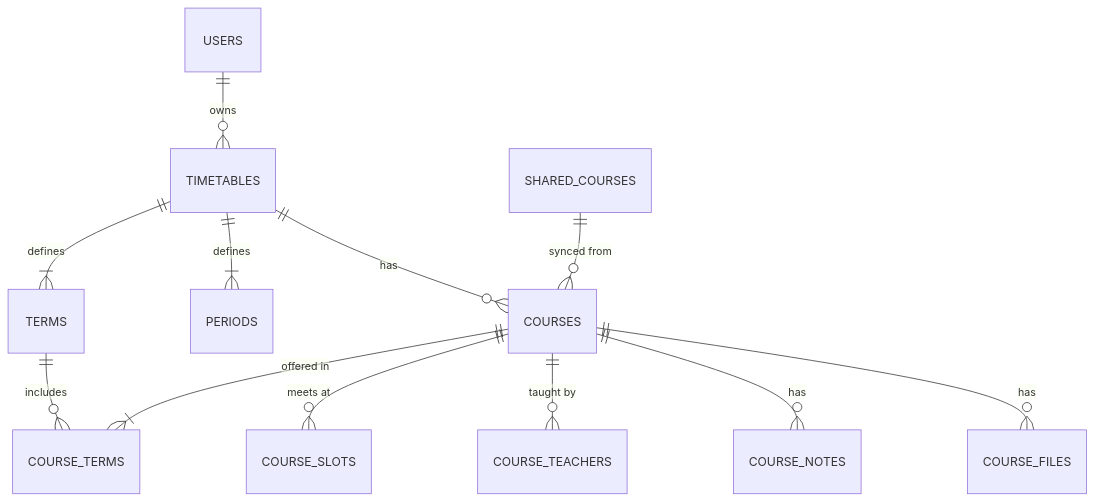
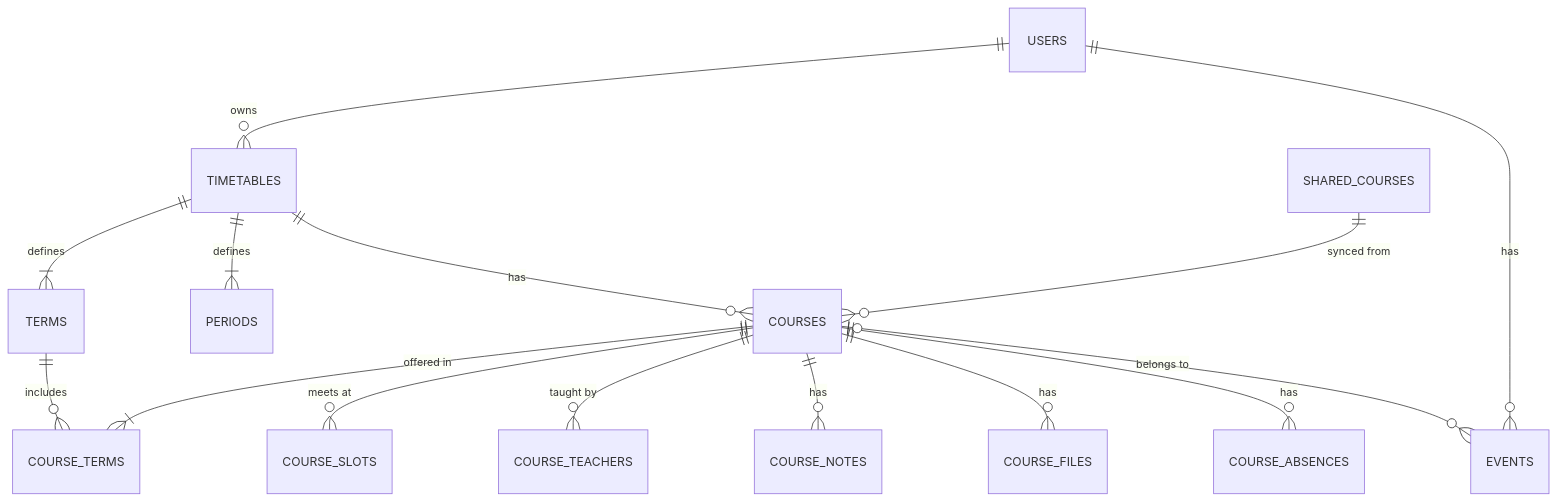
Before and after one commit to tomakura/KomaAwase: the first of 3 diagrams in docs/data-model.md, drawn with Mermaid. The commit also changed other lines of this file and 4 other files, not shown here.

````diff
--- a/docs/data-model.md
+++ b/docs/data-model.md
@@ -9,14 +9,17 @@
 ```mermaid
 erDiagram
   USERS ||--o{ TIMETABLES : owns
   TIMETABLES ||--|{ TERMS : defines
   TIMETABLES ||--|{ PERIODS : defines
   TIMETABLES ||--o{ COURSES : has
   COURSES ||--|{ COURSE_TERMS : "offered in"
   TERMS ||--o{ COURSE_TERMS : includes
   COURSES ||--o{ COURSE_SLOTS : "meets at"
   COURSES ||--o{ COURSE_TEACHERS : "taught by"
   COURSES ||--o{ COURSE_NOTES : has
   COURSES ||--o{ COURSE_FILES : has
+  COURSES ||--o{ COURSE_ABSENCES : has
+  USERS ||--o{ EVENTS : has
+  COURSES |o--o{ EVENTS : "belongs to"
   SHARED_COURSES ||--o{ COURSES : "synced from"
 ```
````
